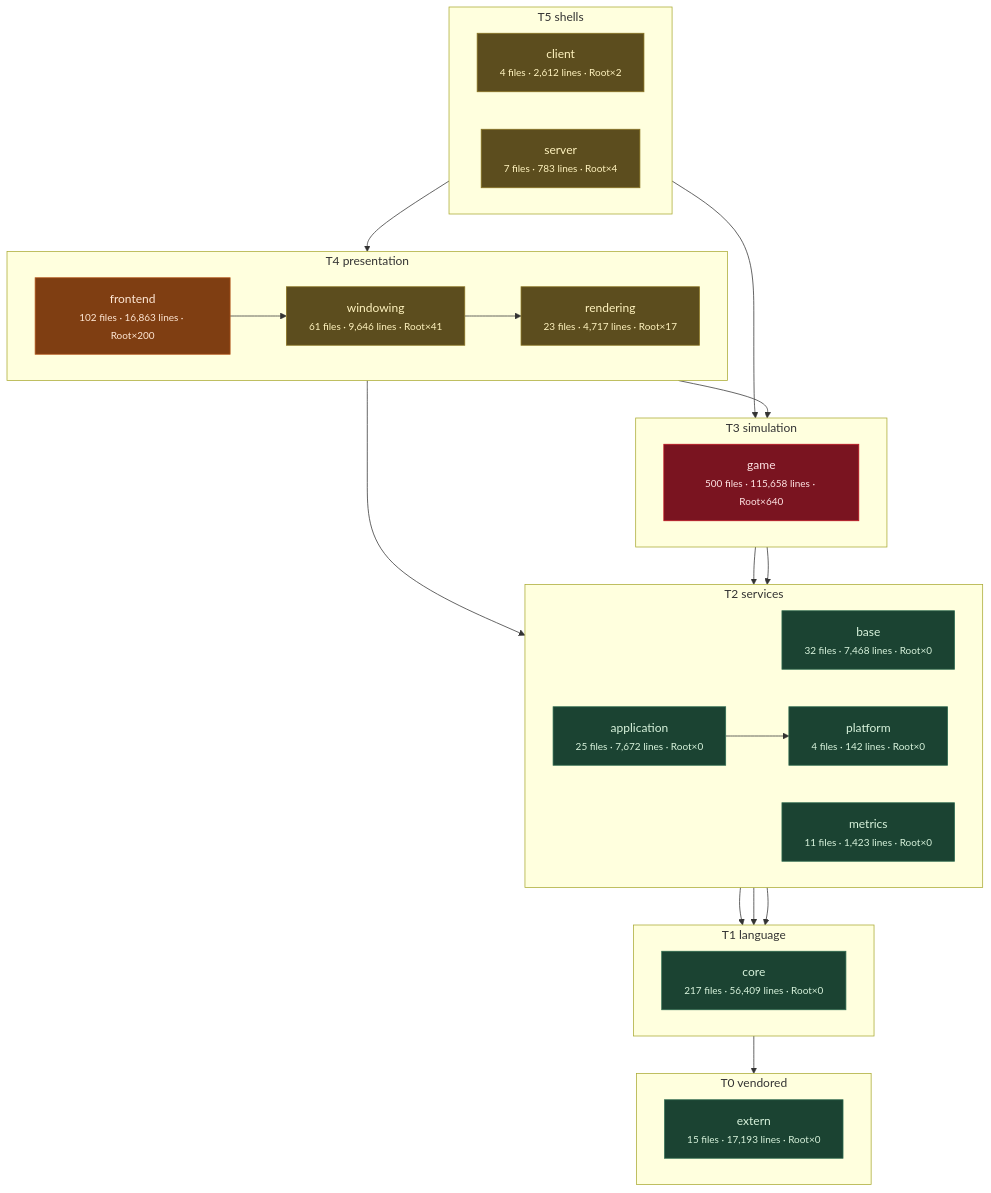
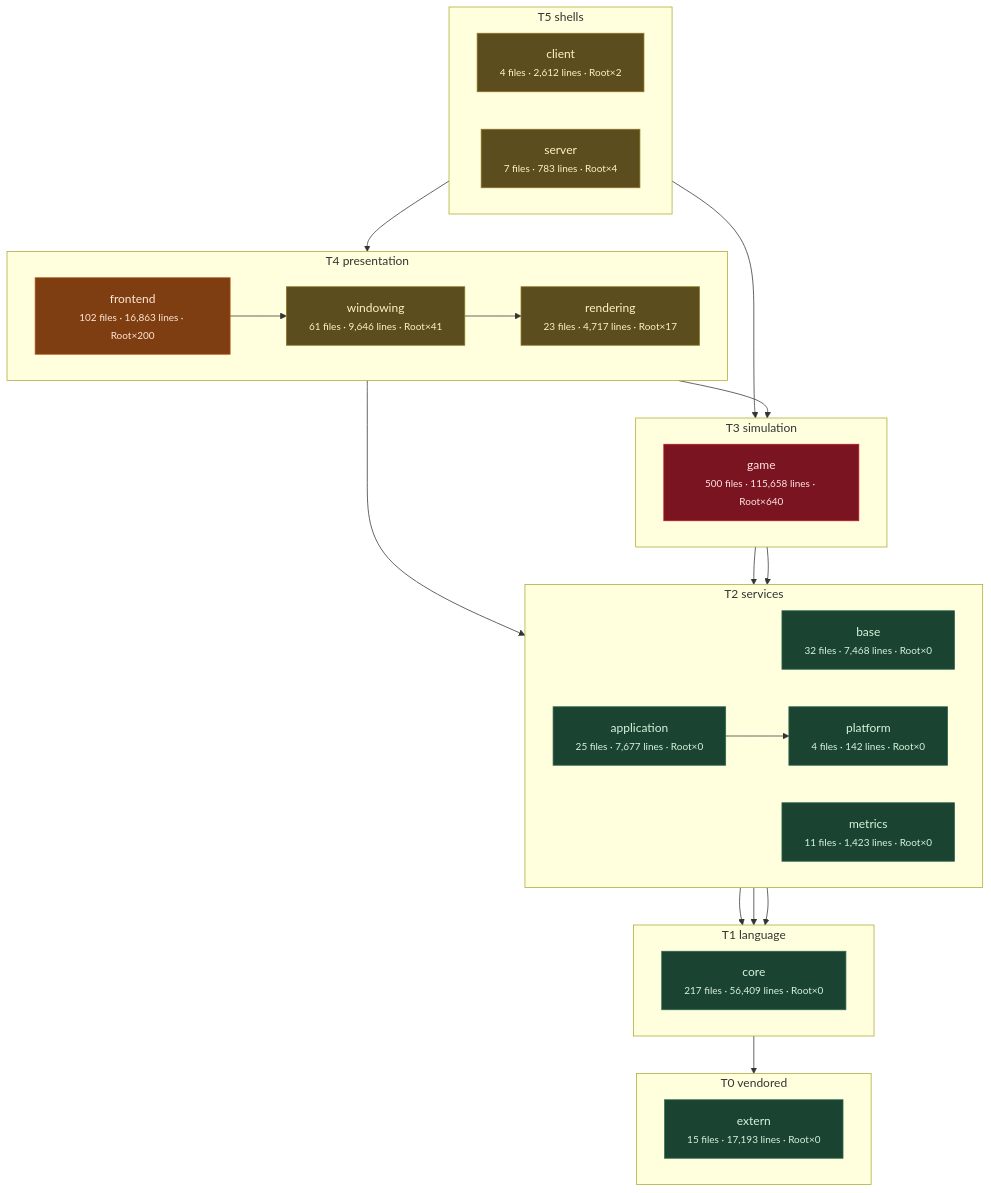
Before and after one commit to apnex/OpenStarbound: the third of 11 diagrams in docs/architecture/system-boundaries.md, drawn with Mermaid. The commit also changed other lines of this file and 6 other files, not shown here.

````diff
--- a/docs/architecture/system-boundaries.md
+++ b/docs/architecture/system-boundaries.md
@@ -271,54 +271,54 @@
 ```mermaid
 flowchart TD
   subgraph T0["T0 vendored"]
     direction LR
     extern["extern<br/><small>15 files · 17,193 lines · Root×0</small>"]
   end
   subgraph T1["T1 language"]
     direction LR
     core["core<br/><small>217 files · 56,409 lines · Root×0</small>"]
   end
   subgraph T2["T2 services"]
     direction LR
     base["base<br/><small>32 files · 7,468 lines · Root×0</small>"]
     metrics["metrics<br/><small>11 files · 1,423 lines · Root×0</small>"]
     platform["platform<br/><small>4 files · 142 lines · Root×0</small>"]
-    application["application<br/><small>25 files · 7,672 lines · Root×0</small>"]
+    application["application<br/><small>25 files · 7,677 lines · Root×0</small>"]
   end
   subgraph T3["T3 simulation"]
     direction LR
     game["game<br/><small>500 files · 115,658 lines · Root×640</small>"]
   end
   subgraph T4["T4 presentation"]
     direction LR
     rendering["rendering<br/><small>23 files · 4,717 lines · Root×17</small>"]
     windowing["windowing<br/><small>61 files · 9,646 lines · Root×41</small>"]
     frontend["frontend<br/><small>102 files · 16,863 lines · Root×200</small>"]
   end
   subgraph T5["T5 shells"]
     direction LR
     client["client<br/><small>4 files · 2,612 lines · Root×2</small>"]
     server["server<br/><small>7 files · 783 lines · Root×4</small>"]
   end
   core --> extern
   base --> core
   metrics --> core
   platform --> core
   application --> platform
   game --> base
   game --> platform
   rendering --> application
   rendering --> game
   windowing --> rendering
   frontend --> windowing
   client --> frontend
   server --> game
   classDef clean fill:#1b4332,stroke:#2d6a4f,color:#d8f3dc
   classDef warm  fill:#5c4d1e,stroke:#8a7420,color:#fff3bf
   classDef hot   fill:#7f3e12,stroke:#b5561b,color:#ffe8d6
   classDef blaze fill:#7a1420,stroke:#c1121f,color:#ffe5e5
   class extern,core,base,metrics,platform,application clean
   class rendering,windowing,client,server warm
   class frontend hot
   class game blaze
 ```
````
